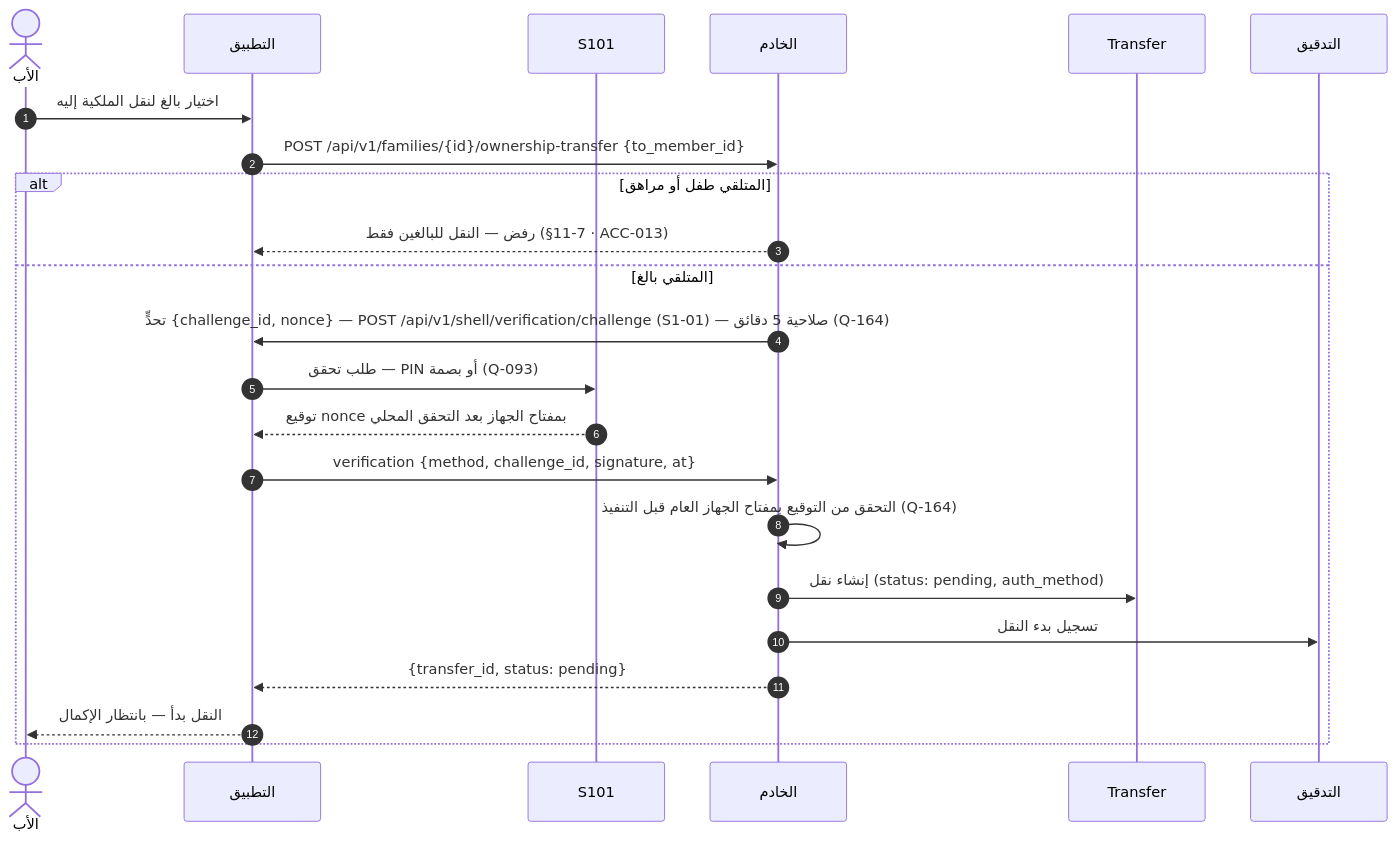
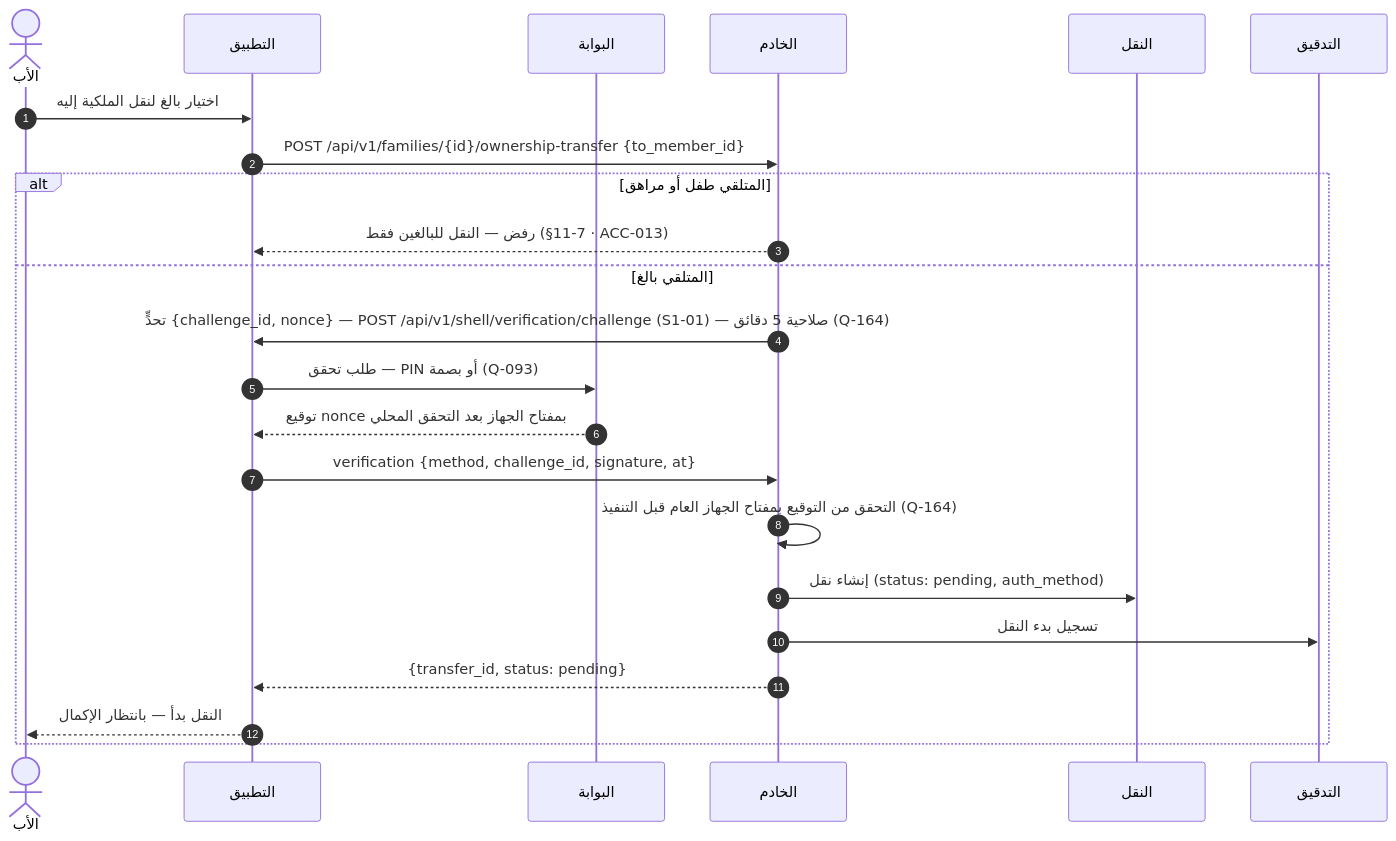
Before and after one commit to Bassam-mohammed-alqaeadi/family-os-v2: the seventh of 14 diagrams in docs/family-os/governance/phases/phase-1/S1-03-family-roles-and-permissions/DIAGRAMS.md, drawn with Mermaid. The commit also changed other lines of this file and 1 other file, not shown here.

````diff
--- a/docs/family-os/governance/phases/phase-1/S1-03-family-roles-and-permissions/DIAGRAMS.md
+++ b/docs/family-os/governance/phases/phase-1/S1-03-family-roles-and-permissions/DIAGRAMS.md
@@ -319,25 +338,25 @@
 ```mermaid
 sequenceDiagram
     autonumber
     actor Father as الأب
     participant App as التطبيق
-    participant البوابة as S101
+    participant S101 as البوابة
     participant Ktor as الخادم
-    participant النقل as Transfer
+    participant Transfer as النقل
     participant Audit as التدقيق
     Father->>App: اختيار بالغ لنقل الملكية إليه
     App->>Ktor: POST /api/v1/families/{id}/ownership-transfer {to_member_id}
     alt المتلقي طفل أو مراهق
         Ktor-->>App: رفض — النقل للبالغين فقط (§7-11 · ACC-013)
     else المتلقي بالغ
         Ktor->>App: تحدٍّ {challenge_id, nonce} — POST /api/v1/shell/verification/challenge (S1-01) — صلاحية 5 دقائق (Q-164)
-        App->>البوابة: طلب تحقق — PIN أو بصمة (Q-093)
-        البوابة-->>App: توقيع nonce بمفتاح الجهاز بعد التحقق المحلي
+        App->>S101: طلب تحقق — PIN أو بصمة (Q-093)
+        S101-->>App: توقيع nonce بمفتاح الجهاز بعد التحقق المحلي
         App->>Ktor: verification {method, challenge_id, signature, at}
         Ktor->>Ktor: التحقق من التوقيع بمفتاح الجهاز العام قبل التنفيذ (Q-164)
-        Ktor->>النقل: إنشاء نقل (status: pending, auth_method)
+        Ktor->>Transfer: إنشاء نقل (status: pending, auth_method)
         Ktor->>Audit: تسجيل بدء النقل
         Ktor-->>App: {transfer_id, status: pending}
         App-->>Father: النقل بدأ — بانتظار الإكمال
     end
 ```
````
